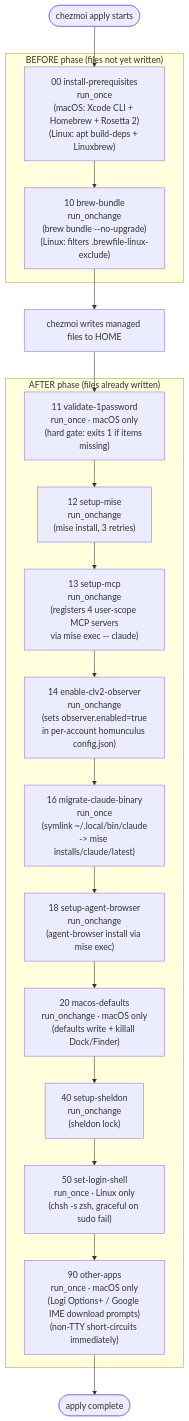
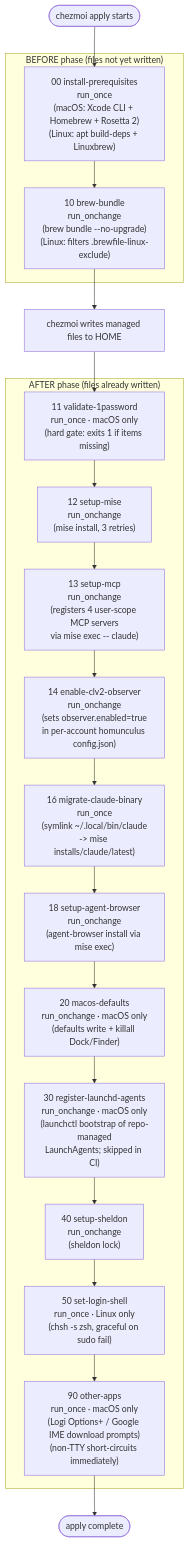
Before and after one commit to kryota-dev/dotfiles: the diagram in docs/architecture/lifecycle-scripts.md, drawn with Mermaid. The commit also changed other lines of this file and 9 other files, not shown here.

````diff
--- a/docs/architecture/lifecycle-scripts.md
+++ b/docs/architecture/lifecycle-scripts.md
@@ -22,28 +22,29 @@
 ```mermaid
 flowchart TD
     A([chezmoi apply starts]) --> B
 
     subgraph BEFORE ["BEFORE phase (files not yet written)"]
         B["00 install-prerequisites\nrun_once\n(macOS: Xcode CLI + Homebrew + Rosetta 2)\n(Linux: apt build-deps + Linuxbrew)"]
         B --> C["10 brew-bundle\nrun_onchange\n(brew bundle --no-upgrade)\n(Linux: filters .brewfile-linux-exclude)"]
     end
 
     C --> FILES[chezmoi writes managed files to HOME]
 
     FILES --> D
 
     subgraph AFTER ["AFTER phase (files already written)"]
         D["11 validate-1password\nrun_once · macOS only\n(hard gate: exits 1 if items missing)"]
         D --> E["12 setup-mise\nrun_onchange\n(mise install, 3 retries)"]
         E --> F["13 setup-mcp\nrun_onchange\n(registers 4 user-scope MCP servers\nvia mise exec -- claude)"]
         F --> G["14 enable-clv2-observer\nrun_onchange\n(sets observer.enabled=true\nin per-account homunculus config.json)"]
         G --> H["16 migrate-claude-binary\nrun_once\n(symlink ~/.local/bin/claude\n-> mise installs/claude/latest)"]
         H --> I["18 setup-agent-browser\nrun_onchange\n(agent-browser install via mise exec)"]
         I --> J["20 macos-defaults\nrun_onchange · macOS only\n(defaults write + killall Dock/Finder)"]
-        J --> K["40 setup-sheldon\nrun_onchange\n(sheldon lock)"]
+        J --> J2["30 register-launchd-agents\nrun_onchange · macOS only\n(launchctl bootstrap of repo-managed\nLaunchAgents; skipped in CI)"]
+        J2 --> K["40 setup-sheldon\nrun_onchange\n(sheldon lock)"]
         K --> L["50 set-login-shell\nrun_once · Linux only\n(chsh -s zsh, graceful on sudo fail)"]
         L --> M["90 other-apps\nrun_once · macOS only\n(Logi Options+ / Google IME download prompts)\n(non-TTY short-circuits immediately)"]
     end
 
     M --> N([apply complete])
 ```
````
